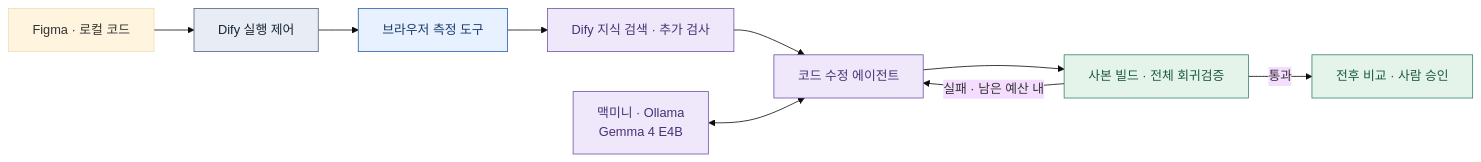
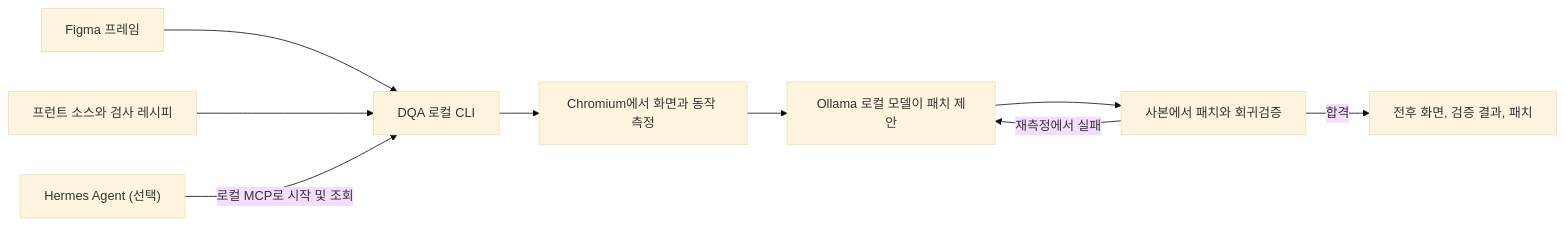
One commit to damisoda/design-qa-agent changed the diagram in README.md. Above: the diagram before and after it, drawn with Mermaid (base theme). The commit also changed other lines of this file and 2 other files, not shown here.

Commit message:
Explain local execution and optional Hermes integration

````diff
--- a/README.md
+++ b/README.md
@@ -26,19 +7,11 @@
 ```mermaid
 flowchart LR
-  I["Figma · 로컬 코드"] --> D["Dify 실행 제어"]
-  D --> M["브라우저 측정 도구"]
-  M --> R["Dify 지식 검색 · 추가 검사"]
-  R --> A["코드 수정 에이전트"]
-  L["맥미니 · Ollama\nGemma 4 E4B"] <--> A
-  A --> V["사본 빌드 · 전체 회귀검증"]
-  V -->|실패 · 남은 예산 내| A
-  V -->|통과| H["전후 비교 · 사람 승인"]
-  classDef workflow fill:#e8edf5,stroke:#526579,color:#172333
-  classDef tool fill:#e8f1ff,stroke:#2860aa,color:#173a68
-  classDef agent fill:#eee8fa,stroke:#7553a6,color:#493175
-  classDef validation fill:#e5f4eb,stroke:#368568,color:#1c5943
-  class D workflow
-  class M tool
-  class R,A,L agent
-  class V,H validation
+  F["Figma 프레임"] --> C["DQA 로컬 CLI"]
+  R["프런트 소스와 검사 레시피"] --> C
+  H["Hermes Agent (선택)"] -->|"로컬 MCP로 시작 및 조회"| C
+  C --> B["Chromium에서 화면과 동작 측정"]
+  B --> M["Ollama 로컬 모델이 패치 제안"]
+  M --> V["사본에서 패치와 회귀검증"]
+  V -->|"재측정에서 실패"| M
+  V -->|"합격"| P["전후 화면, 검증 결과, 패치"]
 ```
````
